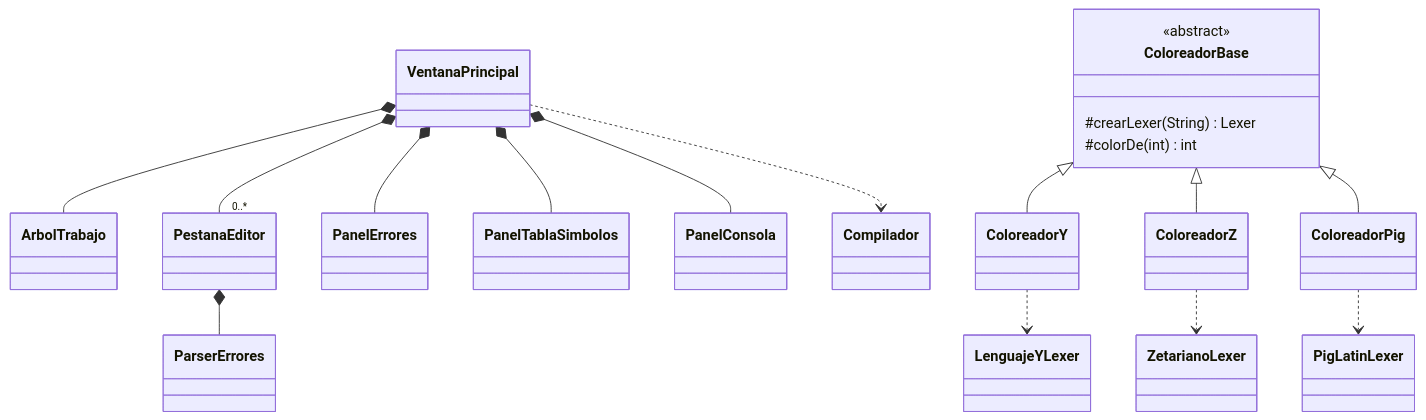
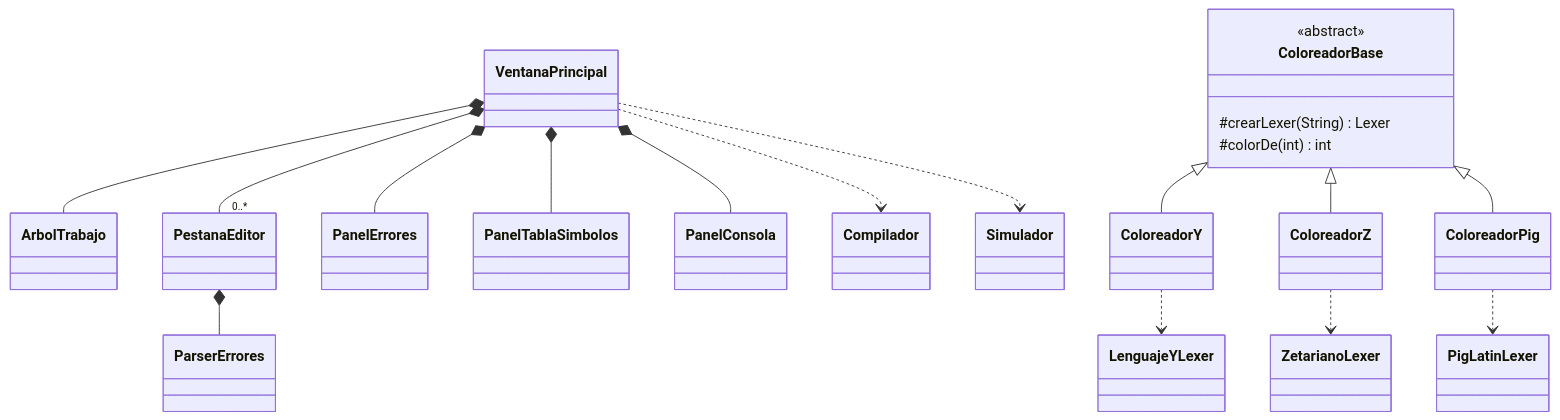
One commit to LuisRV2112/Proyecto1_compi2SS2025 changed the sixth of 6 diagrams in MANUAL_TECNICO.md. Above: the diagram before and after it, drawn with Mermaid. The commit also changed other lines of this file, not shown here.

````diff
--- a/MANUAL_TECNICO.md
+++ b/MANUAL_TECNICO.md
@@ -201,28 +359,29 @@
 ```mermaid
 classDiagram
     class VentanaPrincipal
     class ArbolTrabajo
     class PestanaEditor
     class ParserErrores
     class PanelErrores
     class PanelTablaSimbolos
     class PanelConsola
     class ColoreadorBase {
         <<abstract>>
         #crearLexer(String) Lexer
         #colorDe(int) int
     }
     VentanaPrincipal *-- ArbolTrabajo
     VentanaPrincipal *-- "0..*" PestanaEditor
     VentanaPrincipal *-- PanelErrores
     VentanaPrincipal *-- PanelTablaSimbolos
     VentanaPrincipal *-- PanelConsola
     VentanaPrincipal ..> Compilador
+    VentanaPrincipal ..> Simulador
     PestanaEditor *-- ParserErrores
     ColoreadorBase <|-- ColoreadorY
     ColoreadorBase <|-- ColoreadorZ
     ColoreadorBase <|-- ColoreadorPig
     ColoreadorY ..> LenguajeYLexer
     ColoreadorZ ..> ZetarianoLexer
     ColoreadorPig ..> PigLatinLexer
 ```
````
